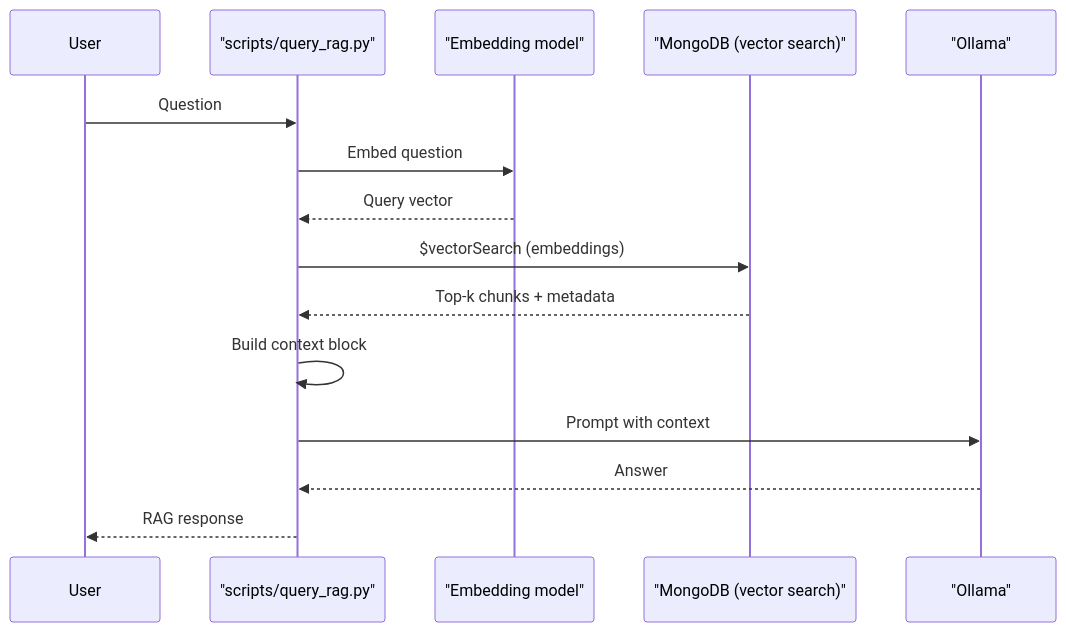
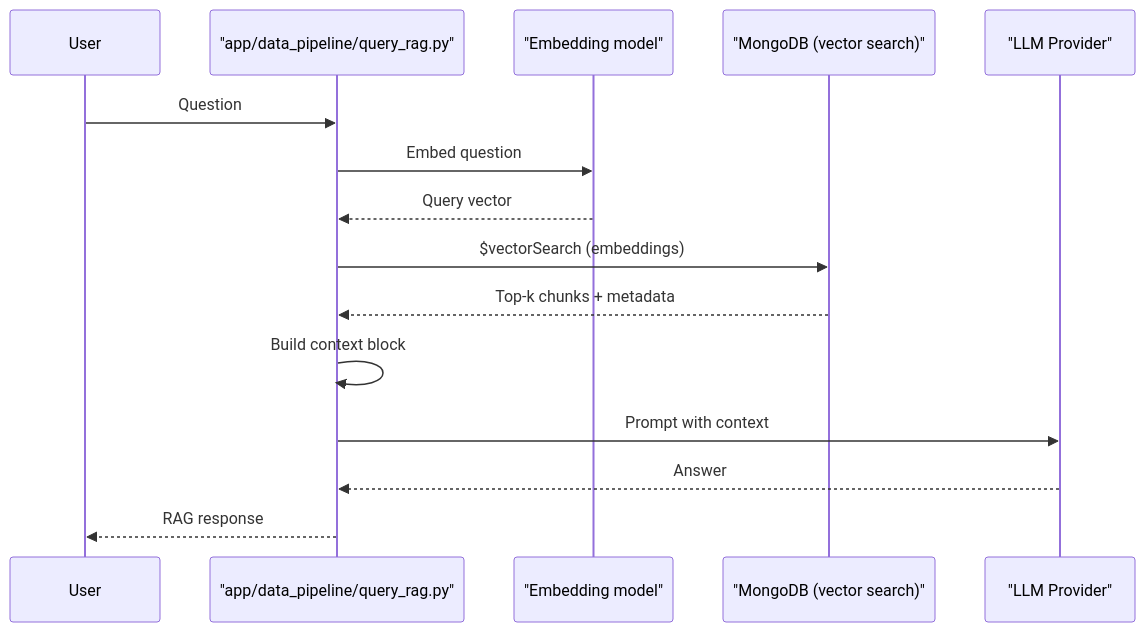
One commit to timrodz/card-oracle-backend changed the second of 2 diagrams in docs/rag-search.md. Above: the diagram before and after it, drawn with Mermaid. The commit also changed other lines of this file and 5 other files, not shown here.

````diff
--- a/docs/rag-search.md
+++ b/docs/rag-search.md
@@ -26,18 +26,18 @@
 ```mermaid
 sequenceDiagram
     participant U as User
-    participant QR as "scripts/query_rag.py"
+    participant QR as "app/data_pipeline/query_rag.py"
     participant EM as "Embedding model"
     participant DB as "MongoDB (vector search)"
-    participant OL as "Ollama"
+    participant OL as "LLM Provider"
 
     U->>QR: Question
     QR->>EM: Embed question
     EM-->>QR: Query vector
     QR->>DB: $vectorSearch (embeddings)
     DB-->>QR: Top-k chunks + metadata
     QR->>QR: Build context block
     QR->>OL: Prompt with context
     OL-->>QR: Answer
     QR-->>U: RAG response
 ```
````
